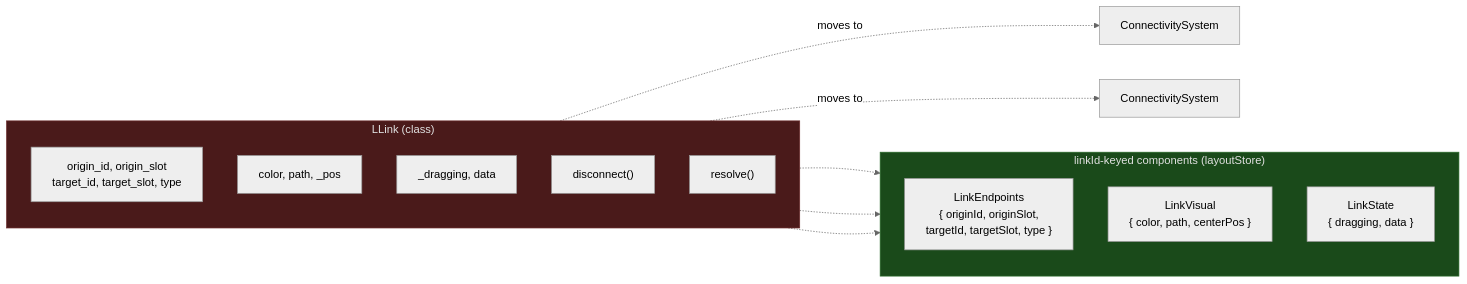
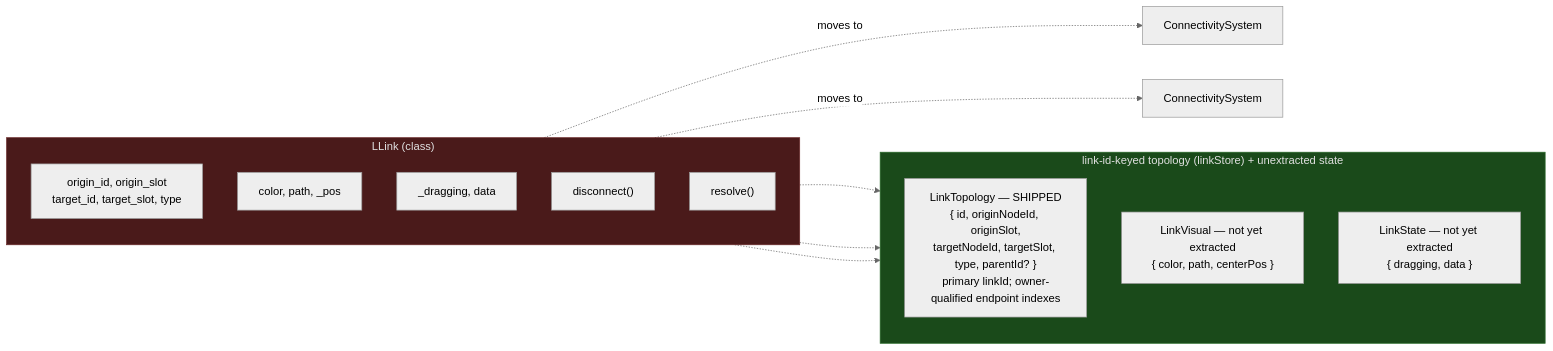
One commit to Comfy-Org/ComfyUI_frontend changed the fourth of 12 diagrams in docs/architecture/ecs-target-architecture.md. Above: the diagram before and after it, drawn with Mermaid (neutral theme). The commit also changed other lines of this file and 372 other files, not shown here.

````diff
--- a/docs/architecture/ecs-target-architecture.md
+++ b/docs/architecture/ecs-target-architecture.md
@@ -168,32 +185,33 @@
 ```mermaid
 graph LR
     subgraph Before["LLink (class)"]
         direction TB
         B1["origin_id, origin_slot
 target_id, target_slot, type"]
         B2["color, path, _pos"]
         B3["_dragging, data"]
         B4["disconnect()"]
         B5["resolve()"]
     end
 
-    subgraph After["linkId-keyed components (layoutStore)"]
+    subgraph After["link-id-keyed topology (linkStore) + unextracted state"]
         direction TB
-        A1["LinkEndpoints
-{ originId, originSlot,
-targetId, targetSlot, type }"]
-        A2["LinkVisual
+        A1["LinkTopology — SHIPPED
+{ id, originNodeId, originSlot,
+targetNodeId, targetSlot, type, parentId? }
+primary linkId; owner-qualified endpoint indexes"]
+        A2["LinkVisual — not yet extracted
 { color, path, centerPos }"]
-        A3["LinkState
+        A3["LinkState — not yet extracted
 { dragging, data }"]
     end
 
     B1 -.-> A1
     B2 -.-> A2
     B3 -.-> A3
     B4 -.->|"moves to"| SYS1["ConnectivitySystem"]
     B5 -.->|"moves to"| SYS2["ConnectivitySystem"]
 
     style Before fill:#4a1a1a,stroke:#6a2a2a,color:#e0e0e0
     style After fill:#1a4a1a,stroke:#2a6a2a,color:#e0e0e0
 ```
````
